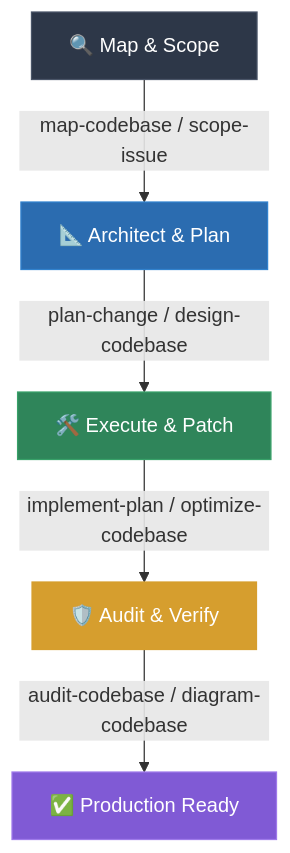
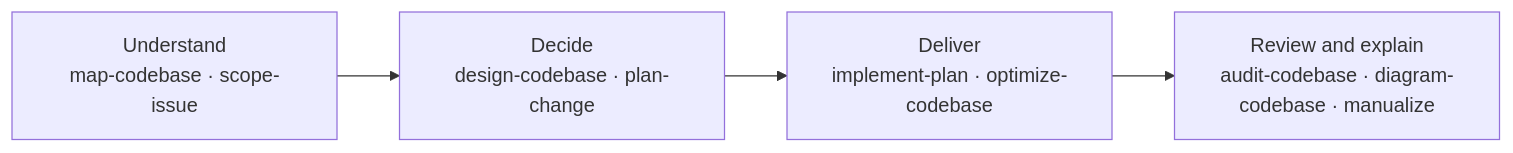
Before and after one commit to akshay-diwadkar/skills: the diagram in README.md, drawn with Mermaid. The commit also changed other lines of this file and 19 other files, not shown here.

````diff
--- a/README.md
+++ b/README.md
@@ -24,13 +49,9 @@
 ```mermaid
-flowchart TD
-    A[🔍 Map & Scope] -->|map-codebase / scope-issue| B[📐 Architect & Plan]
-    B -->|plan-change / design-codebase| C[🛠️ Execute & Patch]
-    C -->|implement-plan / optimize-codebase| D[🛡️ Audit & Verify]
-    D -->|audit-codebase / diagram-codebase| E[✅ Production Ready]
+flowchart LR
+    A["Understand<br/>map-codebase · scope-issue"]
+    B["Decide<br/>design-codebase · plan-change"]
+    C["Deliver<br/>implement-plan · optimize-codebase"]
+    D["Review and explain<br/>audit-codebase · diagram-codebase · manualize"]
 
-    style A fill:#2d3748,stroke:#4a5568,color:#fff
-    style B fill:#2b6cb0,stroke:#3182ce,color:#fff
-    style C fill:#2f855a,stroke:#38a169,color:#fff
-    style D fill:#d69e2e,stroke:#d69e2e,color:#fff
-    style E fill:#805ad5,stroke:#9f7aea,color:#fff
+    A --> B --> C --> D
 ```
````
